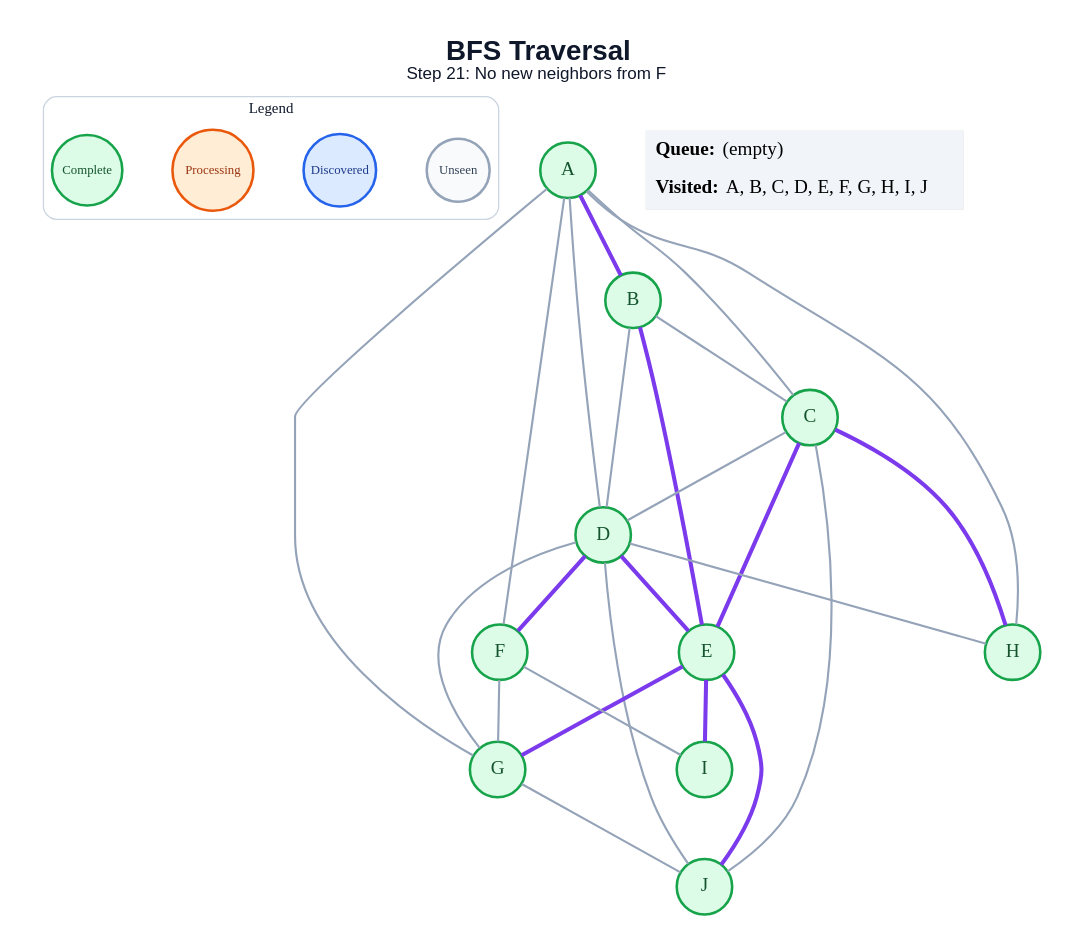
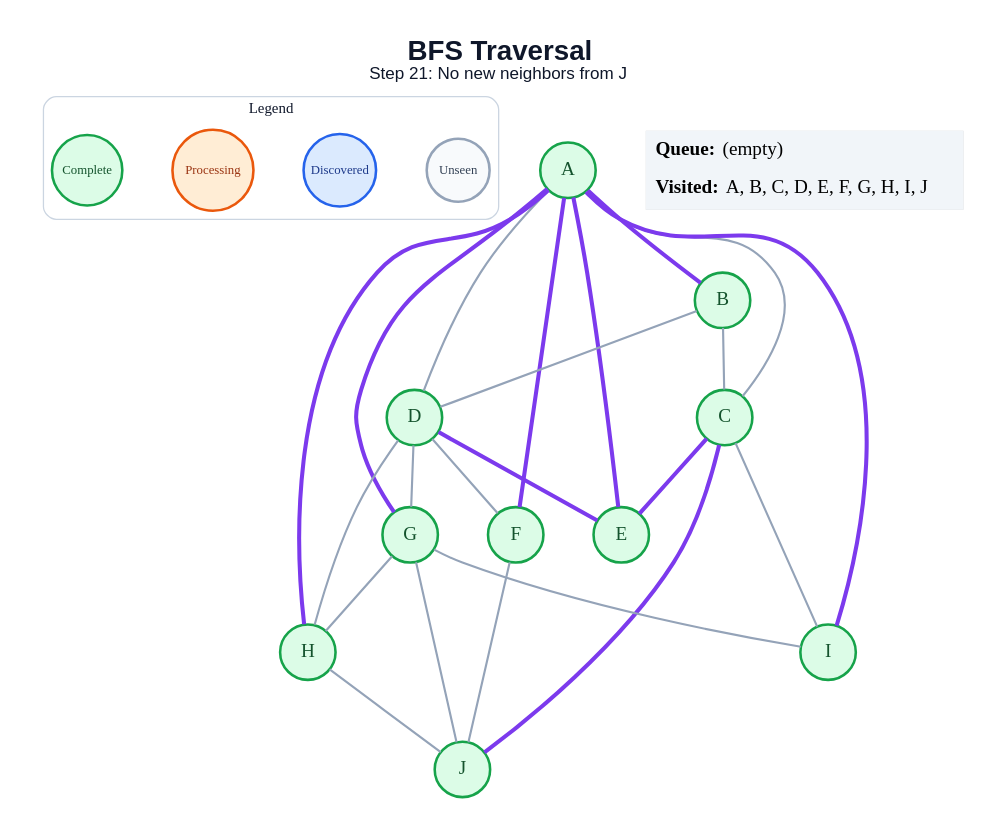
One commit to amanghodawala9/ai-slop changed the diagram in generated/specific-node/bfs/step_21.dot. Above: the diagram before and after it, drawn with Graphviz. The commit also changed 178 other files, not shown here.

```diff
--- a/generated/specific-node/bfs/step_21.dot
+++ b/generated/specific-node/bfs/step_21.dot
@@ -1,53 +1,51 @@
 graph traversal {
   graph [layout=dot, rankdir=TB, bgcolor="#FFFFFF", pad="0.35", nodesep="0.65", ranksep="0.8", fontname="Arial"];
   node [shape=circle, style="filled", fontname="Arial Bold", fontsize=18, width=0.72, fixedsize=true, penwidth=2.4];
   edge [color="#94A3B8", penwidth=2.0];
-  label=<<B>BFS Traversal</B><BR/><FONT POINT-SIZE="16">Step 21: No new neighbors from F</FONT>>; labelloc="t"; fontsize=26; fontname="Arial"; fontcolor="#0F172A";
+  label=<<B>BFS Traversal</B><BR/><FONT POINT-SIZE="16">Step 21: No new neighbors from J</FONT>>; labelloc="t"; fontsize=26; fontname="Arial"; fontcolor="#0F172A";
   subgraph cluster_legend { label="Legend"; color="#CBD5E1"; penwidth=1.2; style="rounded"; fontsize=14; fontname="Arial Bold";
     key_unseen [label="Unseen", fillcolor="#F8FAFC", color="#94A3B8", fontcolor="#334155", fontsize=12, width=0.82];
     key_frontier [label="Discovered", fillcolor="#DBEAFE", color="#2563EB", fontcolor="#1E3A8A", fontsize=12, width=0.95];
     key_current [label="Processing", fillcolor="#FFEDD5", color="#EA580C", fontcolor="#9A3412", fontsize=12, width=1.05];
     key_done [label="Complete", fillcolor="#DCFCE7", color="#16A34A", fontcolor="#14532D", fontsize=12, width=0.92];
     { rank=same; key_unseen; key_frontier; key_current; key_done; }
   }
   A [fillcolor="#DCFCE7", color="#16A34A", fontcolor="#14532D"];
   B [fillcolor="#DCFCE7", color="#16A34A", fontcolor="#14532D"];
   C [fillcolor="#DCFCE7", color="#16A34A", fontcolor="#14532D"];
   D [fillcolor="#DCFCE7", color="#16A34A", fontcolor="#14532D"];
   E [fillcolor="#DCFCE7", color="#16A34A", fontcolor="#14532D"];
   F [fillcolor="#DCFCE7", color="#16A34A", fontcolor="#14532D"];
   G [fillcolor="#DCFCE7", color="#16A34A", fontcolor="#14532D"];
   H [fillcolor="#DCFCE7", color="#16A34A", fontcolor="#14532D"];
   I [fillcolor="#DCFCE7", color="#16A34A", fontcolor="#14532D"];
   J [fillcolor="#DCFCE7", color="#16A34A", fontcolor="#14532D"];
   A -- B [color="#7C3AED", penwidth=3.8];
   A -- C;
   A -- D;
-  A -- F;
-  A -- G;
-  A -- H;
+  A -- E [color="#7C3AED", penwidth=3.8];
+  A -- F [color="#7C3AED", penwidth=3.8];
+  A -- G [color="#7C3AED", penwidth=3.8];
+  A -- H [color="#7C3AED", penwidth=3.8];
+  A -- I [color="#7C3AED", penwidth=3.8];
   B -- C;
   B -- D;
-  B -- E [color="#7C3AED", penwidth=3.8];
-  C -- D;
   C -- E [color="#7C3AED", penwidth=3.8];
-  C -- H [color="#7C3AED", penwidth=3.8];
-  C -- J;
+  C -- I;
+  C -- J [color="#7C3AED", penwidth=3.8];
   D -- E [color="#7C3AED", penwidth=3.8];
-  D -- F [color="#7C3AED", penwidth=3.8];
+  D -- F;
   D -- G;
   D -- H;
-  D -- J;
-  E -- G [color="#7C3AED", penwidth=3.8];
-  E -- I [color="#7C3AED", penwidth=3.8];
-  E -- J [color="#7C3AED", penwidth=3.8];
-  F -- G;
-  F -- I;
+  F -- J;
+  G -- H;
+  G -- I;
   G -- J;
+  H -- J;
   status [shape=plain, fixedsize=false, width=0, height=0, margin=0, label=<
     <TABLE BORDER="0" CELLBORDER="0" CELLPADDING="7" BGCOLOR="#F1F5F9">
       <TR><TD ALIGN="LEFT"><B>Queue:</B> (empty)</TD></TR>
       <TR><TD ALIGN="LEFT"><B>Visited:</B> A, B, C, D, E, F, G, H, I, J</TD></TR>
     </TABLE>
   >];
 }
```
